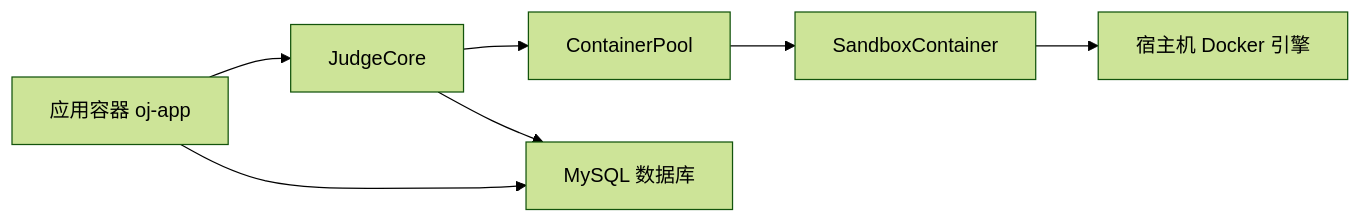
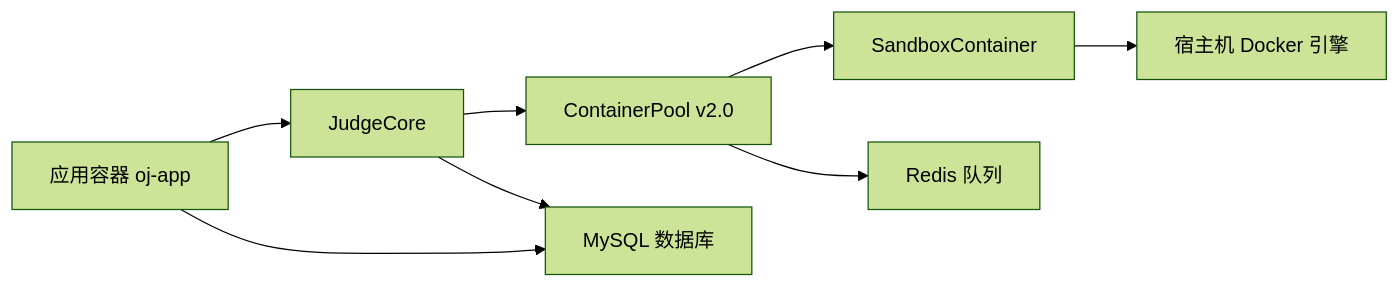
The eighth of 10 diagrams in .qoder/repowiki/zh/content/代码评测系统/容器化沙箱架构.md (jinpeng900/OJ-Test), drawn with Mermaid (forest theme) before and after one commit. The commit also changed other lines of this file and 8 other files, not shown here.

````diff
--- a/.qoder/repowiki/zh/content/代码评测系统/容器化沙箱架构.md
+++ b/.qoder/repowiki/zh/content/代码评测系统/容器化沙箱架构.md
@@ -287,9 +414,10 @@
 ```mermaid
 graph LR
-JudgeCore["JudgeCore"] --> ContainerPool["ContainerPool"]
+JudgeCore["JudgeCore"] --> ContainerPool["ContainerPool v2.0"]
 ContainerPool --> SandboxContainer["SandboxContainer"]
 SandboxContainer --> Docker["宿主机 Docker 引擎"]
 JudgeCore --> MySQL["MySQL 数据库"]
 AppContainer["应用容器 oj-app"] --> JudgeCore
 AppContainer --> MySQL
+ContainerPool --> Redis["Redis 队列"]
 ```
````
